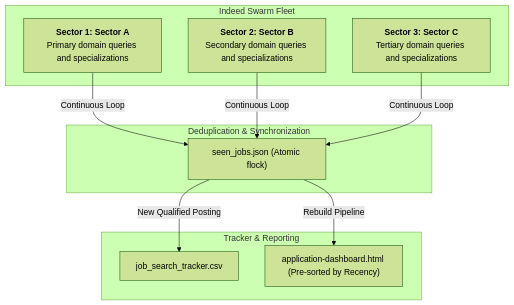
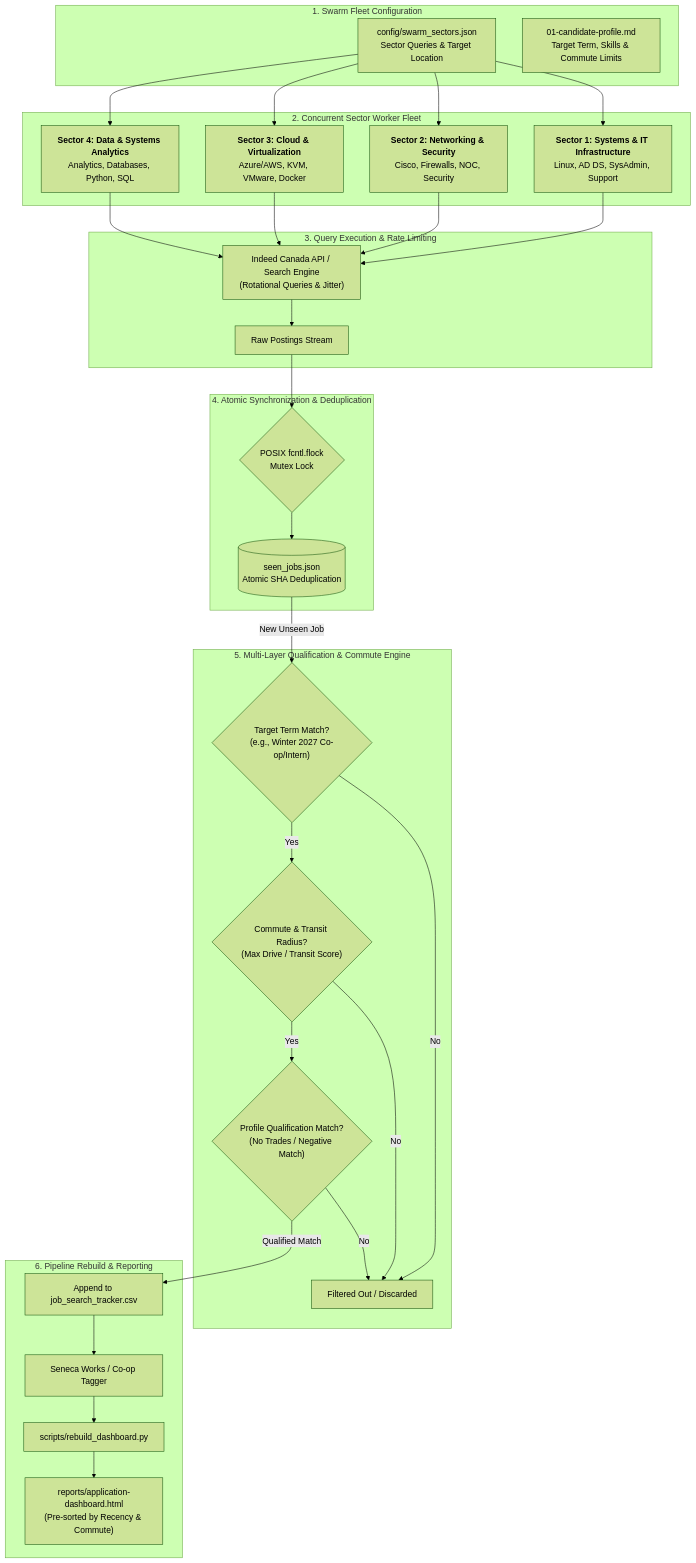
One commit to StickwoodJr/ai-job-search-enhanced changed the diagram in .claude/commands/indeed-swarm-scraper.md. Above: the diagram before and after it, drawn with Mermaid (forest theme). The commit also changed 5 other files, not shown here.

First line of the commit message:
docs(architecture): update all architecture flowcharts across workspace

````diff
--- a/.claude/commands/indeed-swarm-scraper.md
+++ b/.claude/commands/indeed-swarm-scraper.md
@@ -11,24 +11,43 @@
 ```mermaid
-graph TD
-    subgraph "Indeed Swarm Fleet"
-        S1["<b>Sector 1: Sector A</b><br/>Primary domain queries and specializations"]
-        S2["<b>Sector 2: Sector B</b><br/>Secondary domain queries and specializations"]
-        S3["<b>Sector 3: Sector C</b><br/>Tertiary domain queries and specializations"]
+flowchart TD
+    subgraph Config ["1. Swarm Fleet Configuration"]
+        CFG["config/swarm_sectors.json<br/>Sector Queries & Target Location"]
+        CandProf["01-candidate-profile.md<br/>Target Term, Skills & Commute Limits"]
     end
 
-    subgraph "Deduplication & Synchronization"
-        Lock["seen_jobs.json (Atomic flock)"]
+    subgraph Fleet ["2. Concurrent Sector Worker Fleet"]
+        CFG --> S1["<b>Sector 1: Systems & IT Infrastructure</b><br/>Linux, AD DS, SysAdmin, Support"]
+        CFG --> S2["<b>Sector 2: Networking & Security</b><br/>Cisco, Firewalls, NOC, Security"]
+        CFG --> S3["<b>Sector 3: Cloud & Virtualization</b><br/>Azure/AWS, KVM, VMware, Docker"]
+        CFG --> S4["<b>Sector 4: Data & Systems Analytics</b><br/>Analytics, Databases, Python, SQL"]
     end
 
-    subgraph "Tracker & Reporting"
-        Tracker["job_search_tracker.csv"]
-        Dashboard["application-dashboard.html (Pre-sorted by Recency)"]
+    subgraph Ingestion ["3. Query Execution & Rate Limiting"]
+        S1 --> API["Indeed Canada API / Search Engine<br/>(Rotational Queries & Jitter)"]
+        S2 --> API
+        S3 --> API
+        S4 --> API
+        API --> RawStream["Raw Postings Stream"]
     end
 
-    S1 -->|Continuous Loop| Lock
-    S2 -->|Continuous Loop| Lock
-    S3 -->|Continuous Loop| Lock
+    subgraph SyncGate ["4. Atomic Synchronization & Deduplication"]
+        RawStream --> LockCheck{"POSIX fcntl.flock<br/>Mutex Lock"}
+        LockCheck --> SeenFile[("seen_jobs.json<br/>Atomic SHA Deduplication")]
+    end
 
-    Lock -->|New Qualified Posting| Tracker
-    Lock -->|Rebuild Pipeline| Dashboard
+    subgraph QualFilter ["5. Multi-Layer Qualification & Commute Engine"]
+        SeenFile -->|New Unseen Job| FilterTerm{"Target Term Match?<br/>(e.g., Winter 2027 Co-op/Intern)"}
+        FilterTerm -- "Yes" --> FilterCommute{"Commute & Transit Radius?<br/>(Max Drive / Transit Score)"}
+        FilterTerm -- "No" --> DropJob["Filtered Out / Discarded"]
+        FilterCommute -- "Yes" --> FilterSkills{"Profile Qualification Match?<br/>(No Trades / Negative Match)"}
+        FilterCommute -- "No" --> DropJob
+        FilterSkills -- "No" --> DropJob
+    end
+
+    subgraph AutoRebuild ["6. Pipeline Rebuild & Reporting"]
+        FilterSkills -- "Qualified Match" --> AppendTracker["Append to job_search_tracker.csv"]
+        AppendTracker --> TagSeneca["Seneca Works / Co-op Tagger"]
+        TagSeneca --> RebuildDash["scripts/rebuild_dashboard.py"]
+        RebuildDash --> HTMLDash["reports/application-dashboard.html<br/>(Pre-sorted by Recency & Commute)"]
+    end
 ```
````
